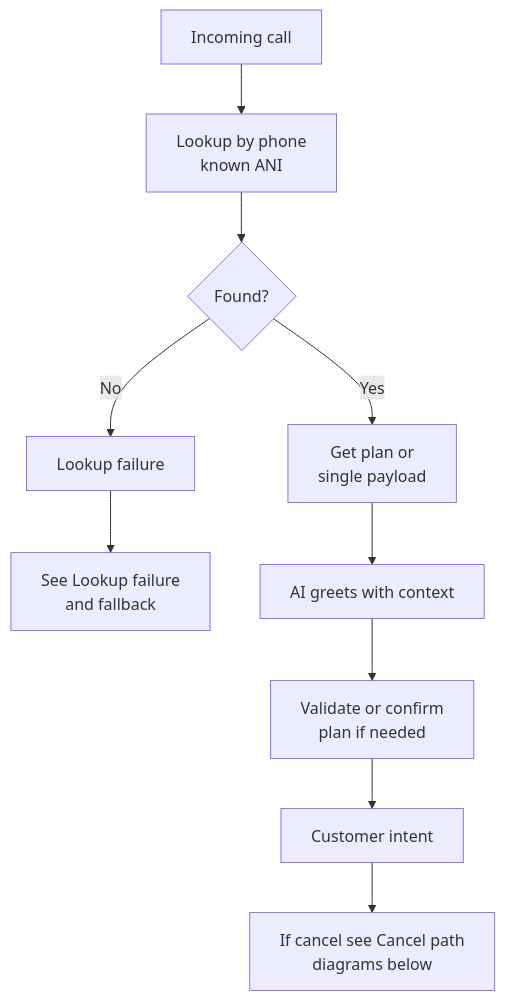
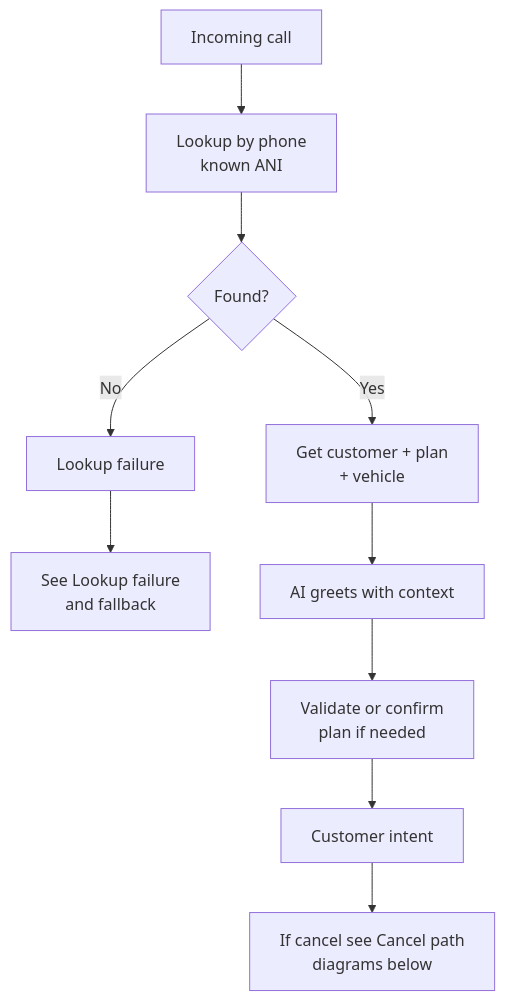
The second of 12 diagrams in Jax-Kar-Wash-API-Integration–Discussion-Document.md (HelloWash/Public), drawn with Mermaid before and after one commit. The commit also changed other lines of this file, not shown here.

````diff
--- a/Jax-Kar-Wash-API-Integration–Discussion-Document.md
+++ b/Jax-Kar-Wash-API-Integration–Discussion-Document.md
@@ -110,12 +123,12 @@
 ```mermaid
 flowchart TD
     IncomingCall["Incoming call"] --> LookupPhone["Lookup by phone<br/>known ANI"]
     LookupPhone --> Found{Found?}
     Found -->|No| LookupFail["Lookup failure"]
     LookupFail --> Fallback["See Lookup failure<br/>and fallback"]
-    Found -->|Yes| GetPlan["Get plan or<br/>single payload"]
+    Found -->|Yes| GetPlan["Get customer + plan<br/>+ vehicle"]
     GetPlan --> Greet["AI greets with context"]
     Greet --> ConfirmIfNeeded["Validate or confirm<br/>plan if needed"]
     ConfirmIfNeeded --> Intent["Customer intent"]
     Intent --> CancelPath["If cancel see Cancel path<br/>diagrams below"]
 ```
````
